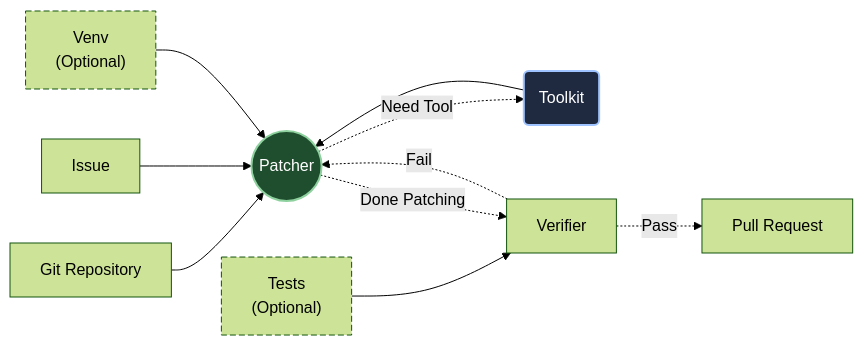
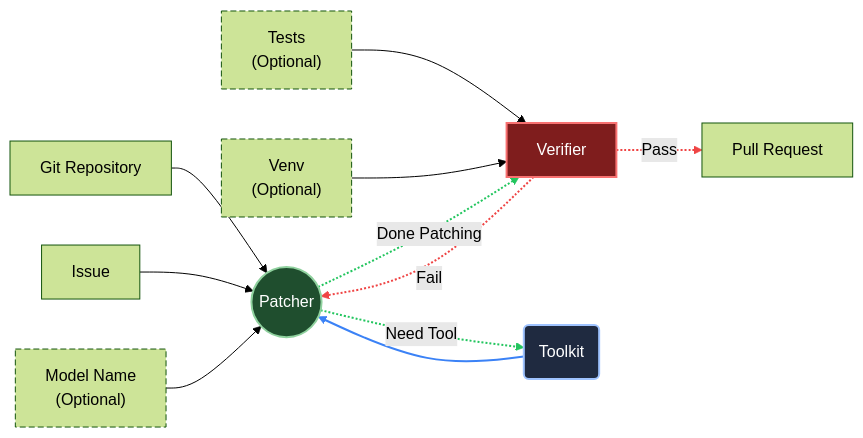
The diagram in README.md (MikeRaphK/PAUL), drawn with Mermaid (forest theme) before and after one commit. The commit also changed other lines of this file and 7 other files, not shown here.

````diff
--- a/README.md
+++ b/README.md
@@ -90,30 +91,44 @@
 ```mermaid
 flowchart LR
     %% Styles
+    classDef patcher fill:#1f4e2e,stroke:#8fd19e,stroke-width:2px,color:#fff;
+    classDef verifier fill:#7f1d1d,stroke:#f87171,stroke-width:2px,color:#fff;
+    classDef tool fill:#1f2a40,stroke:#9fc3ff,stroke-width:2px,color:#fff;
     classDef optional stroke-dasharray:6 3;
-    classDef llm fill:#1f4e2e,stroke:#8fd19e,stroke-width:2px,color:#fff;
-    classDef tool fill:#1f2a40,stroke:#9fc3ff,stroke-width:2px,color:#fff;
 
     %% Nodes
     GitRepo[Git Repository]
     Issue[Issue]
+    PR[Pull Request]
+    Patcher((Patcher)):::patcher
+    Verifier[Verifier]:::verifier
+    Toolkit(Toolkit):::tool
     Venv["Venv <br/> (Optional)"]:::optional
-    Patcher((Patcher)):::llm
-    Toolkit(Toolkit):::tool
-    Verifier[Verifier]
     Tests["Tests <br/> (Optional)"]:::optional
-    PR[Pull Request]
+    Model["Model Name <br/> (Optional)"]:::optional
 
     %% Patcher
     GitRepo --> Patcher;
     Issue --> Patcher;
-    Venv --> Patcher;
+    Model --> Patcher
     Toolkit --> Patcher;
     Patcher -.->|Need Tool| Toolkit;
     
     %% Verifier
     Tests --> Verifier
+    Venv --> Verifier;
     Patcher -.->|Done Patching| Verifier;
     Verifier -.->|Fail| Patcher;
     Verifier -.->|Pass| PR;
+
+    %% Green edges
+    linkStyle 4 stroke:#22c55e,stroke-width:2px;
+    linkStyle 7 stroke:#22c55e,stroke-width:2px;
+    
+    %% Blue edge
+    linkStyle 3 stroke:#3b82f6,stroke-width:2px;
+    
+    %% Red edges
+    linkStyle 8 stroke:#ef4444,stroke-width:2px;
+    linkStyle 9 stroke:#ef4444,stroke-width:2px;
 ```
````
